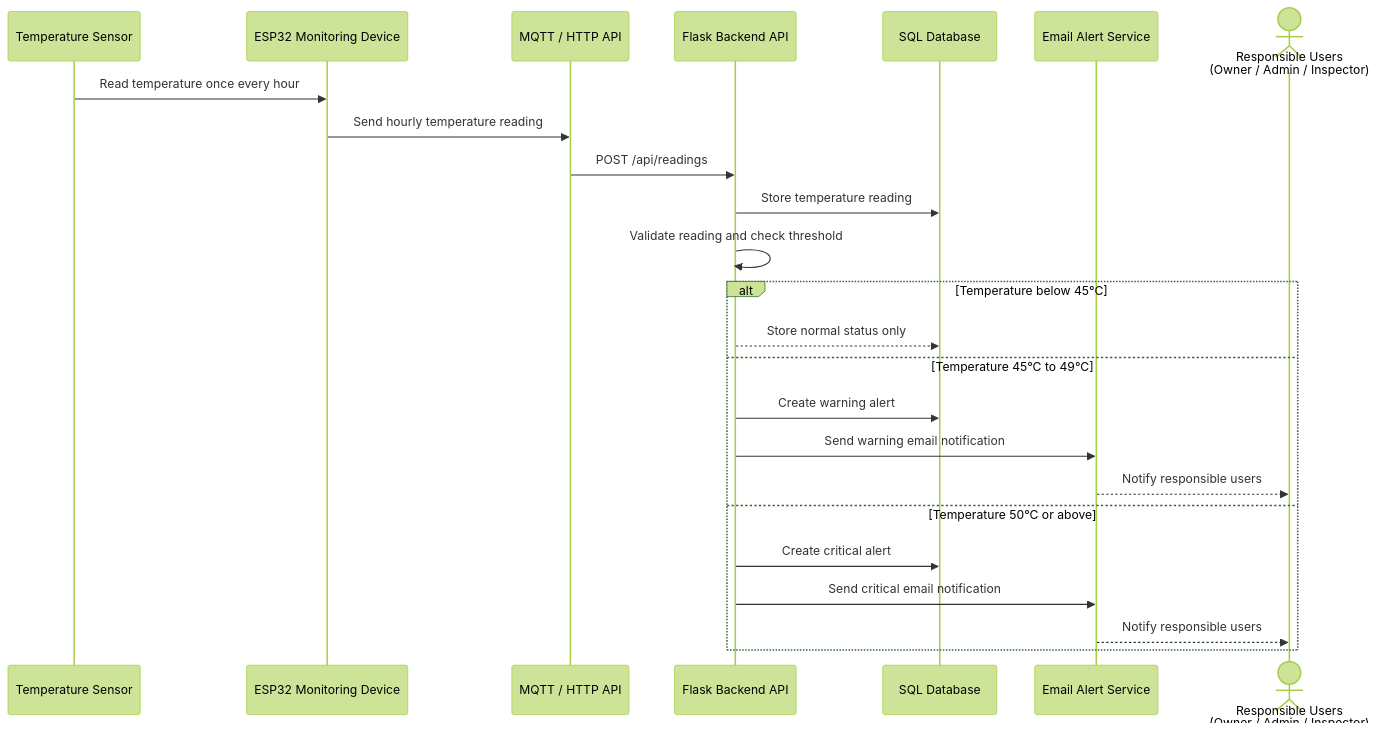
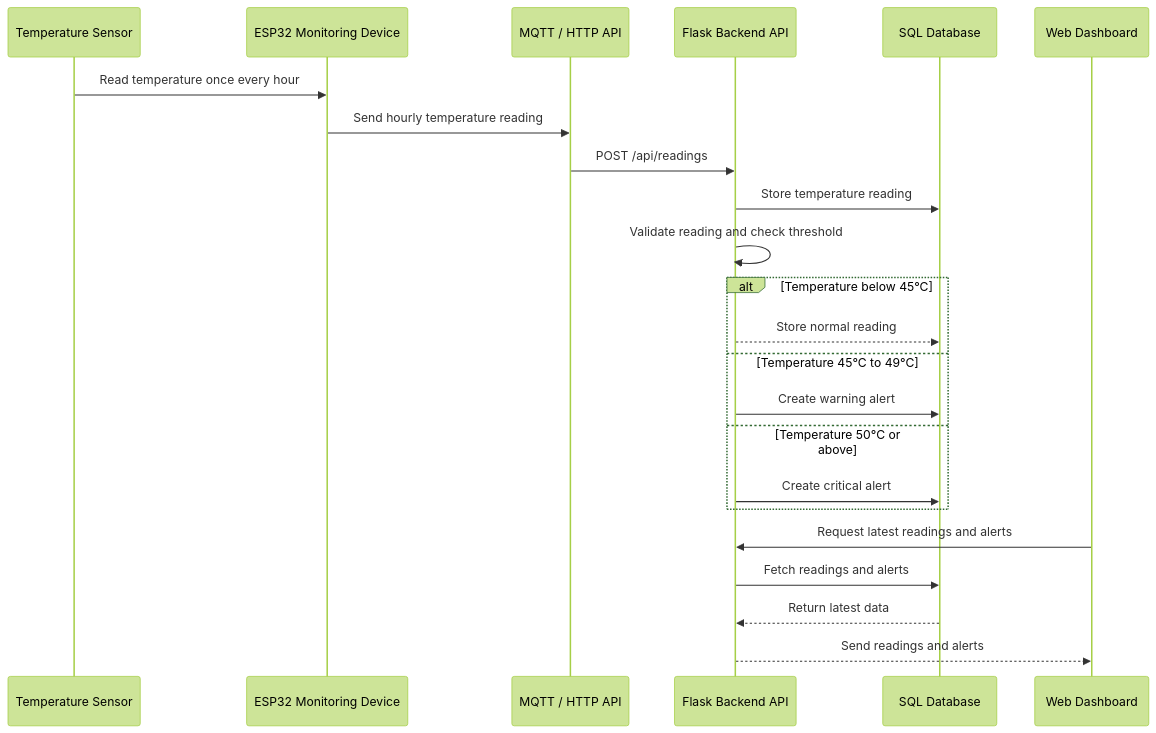
The diagram in Stage 3/3. Create High-Level Sequence Diagrams/High-Level Sequence Diagrams.md (rabea14180-max/Portfolio-Project), drawn with Mermaid (forest theme) before and after one commit. The commit also changed other lines of this file, not shown here.

First line of the commit message:
Revise use cases and sequence diagrams for clarity

````diff
--- a/Stage 3/3. Create High-Level Sequence Diagrams/High-Level Sequence Diagrams.md
+++ b/Stage 3/3. Create High-Level Sequence Diagrams/High-Level Sequence Diagrams.md
@@ -73,28 +7,29 @@
 ```mermaid
 sequenceDiagram
     participant Sensor as Temperature Sensor
     participant ESP32 as ESP32 Monitoring Device
     participant Comm as MQTT / HTTP API
     participant API as Flask Backend API
     participant DB as SQL Database
-    participant Email as Email Alert Service
-    actor Users as Responsible Users<br/>(Owner / Admin / Inspector)
+    participant Dashboard as Web Dashboard
 
     Sensor->>ESP32: Read temperature once every hour
     ESP32->>Comm: Send hourly temperature reading
     Comm->>API: POST /api/readings
+
     API->>DB: Store temperature reading
     API->>API: Validate reading and check threshold
 
     alt Temperature below 45°C
-        API-->>DB: Store normal status only
+        API-->>DB: Store normal reading
     else Temperature 45°C to 49°C
         API->>DB: Create warning alert
-        API->>Email: Send warning email notification
-        Email-->>Users: Notify responsible users
     else Temperature 50°C or above
         API->>DB: Create critical alert
-        API->>Email: Send critical email notification
-        Email-->>Users: Notify responsible users
     end
+
+    Dashboard->>API: Request latest readings and alerts
+    API->>DB: Fetch readings and alerts
+    DB-->>API: Return latest data
+    API-->>Dashboard: Send readings and alerts
 ```
````
